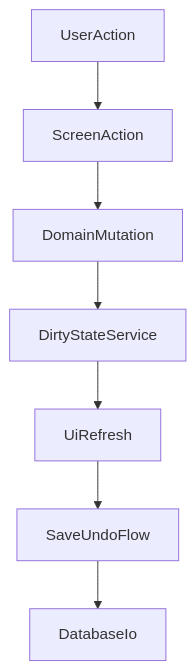
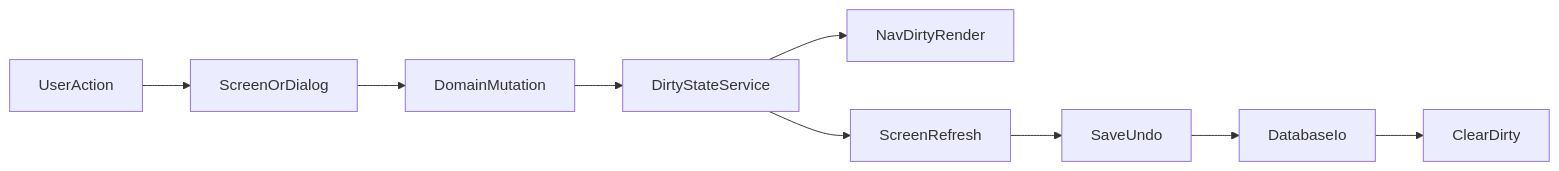
The second of 3 diagrams in doc/swing-ui-design-spec.md (alan-mcl/brewday), drawn with Mermaid before and after one commit. The commit also changed other lines of this file and 1 other file, not shown here.

````diff
--- a/doc/swing-ui-design-spec.md
+++ b/doc/swing-ui-design-spec.md
@@ -776,9 +1257,11 @@
 ```mermaid
-flowchart TD
-  userAction[UserAction] --> screenAction[ScreenAction]
-  screenAction --> domainMutation[DomainMutation]
-  domainMutation --> dirtyService[DirtyStateService]
-  dirtyService --> uiRefresh[UiRefresh]
-  uiRefresh --> saveUndoFlow[SaveUndoFlow]
-  saveUndoFlow --> databaseIo[DatabaseIo]
+flowchart LR
+  UserAction --> ScreenOrDialog
+  ScreenOrDialog --> DomainMutation
+  DomainMutation --> DirtyStateService
+  DirtyStateService --> NavDirtyRender
+  DirtyStateService --> ScreenRefresh
+  ScreenRefresh --> SaveUndo
+  SaveUndo --> DatabaseIo
+  DatabaseIo --> ClearDirty
 ```
````
